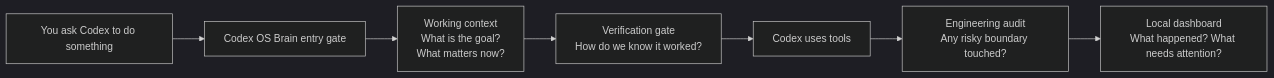
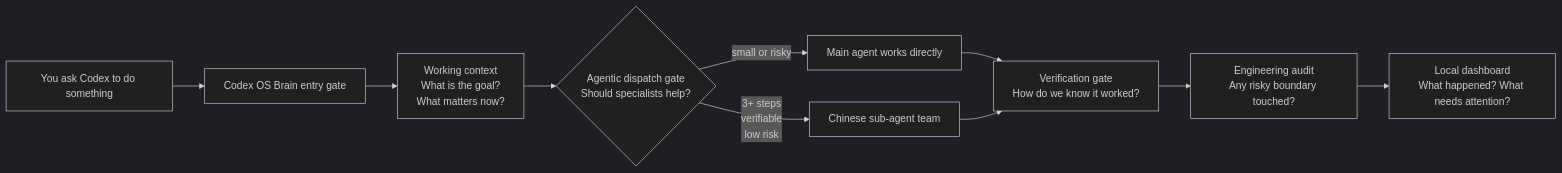
Before and after one commit to liuanye9-lab/codex-os-brain: the first of 3 diagrams in README.md, drawn with Mermaid (dark theme). The commit also changed other lines of this file and 13 other files, not shown here.

Commit message:
Add global agentic coding dispatch

````diff
--- a/README.md
+++ b/README.md
@@ -39,9 +40,12 @@
 ```mermaid
 flowchart LR
   A["You ask Codex to do something"] --> B["Codex OS Brain entry gate"]
   B --> C["Working context\nWhat is the goal?\nWhat matters now?"]
-  C --> D["Verification gate\nHow do we know it worked?"]
-  D --> E["Codex uses tools"]
-  E --> F["Engineering audit\nAny risky boundary touched?"]
-  F --> G["Local dashboard\nWhat happened? What needs attention?"]
+  C --> D{"Agentic dispatch gate\nShould specialists help?"}
+  D -->|"small or risky"| E["Main agent works directly"]
+  D -->|"3+ steps\nverifiable\nlow risk"| F["Chinese sub-agent team"]
+  E --> G["Verification gate\nHow do we know it worked?"]
+  F --> G
+  G --> H["Engineering audit\nAny risky boundary touched?"]
+  H --> I["Local dashboard\nWhat happened? What needs attention?"]
 ```
````
